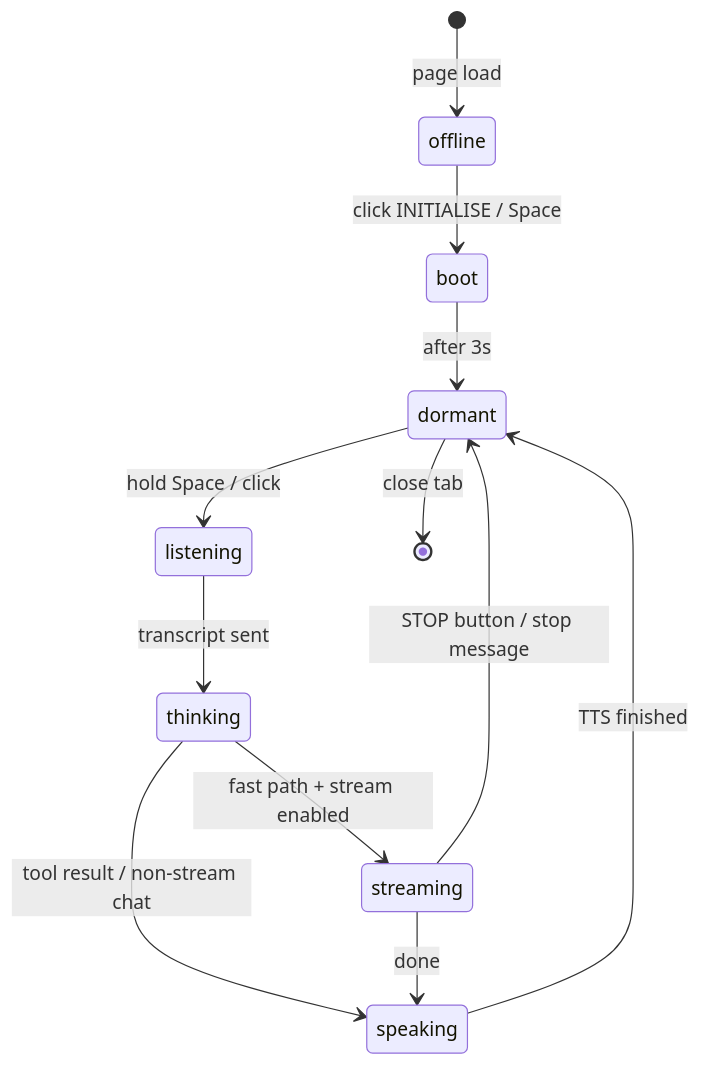
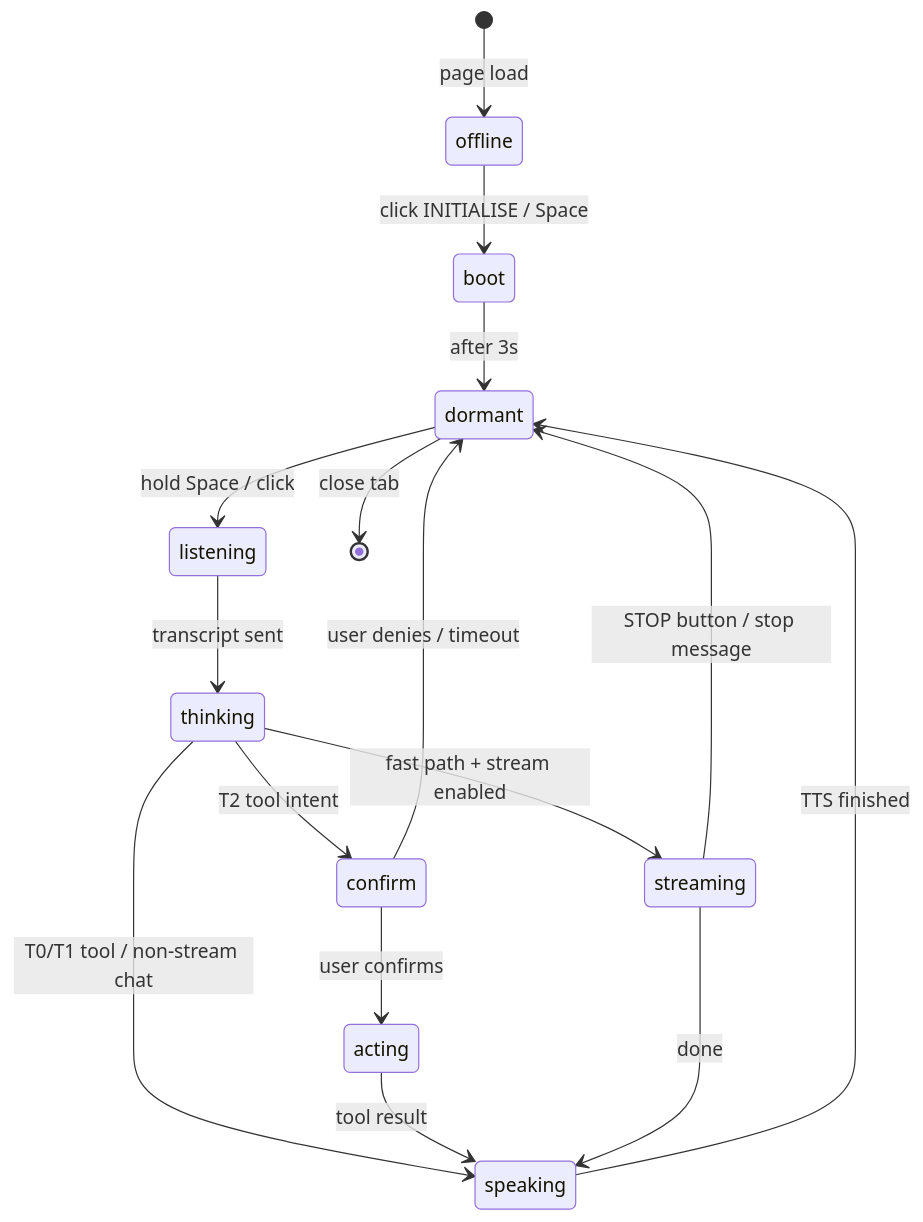
The eighth of 10 diagrams in docs/superpowers/architecture/hi-ev-end-to-end-architecture.md (satyamdas03/Hi-EV), drawn with Mermaid before and after one commit. The commit also changed other lines of this file and 5 other files, not shown here.

First line of the commit message:
docs: sync README, roadmap, architecture, and plans with Phases A–D completion

````diff
--- a/docs/superpowers/architecture/hi-ev-end-to-end-architecture.md
+++ b/docs/superpowers/architecture/hi-ev-end-to-end-architecture.md
@@ -347,14 +367,18 @@
 ```mermaid
 stateDiagram-v2
     [*] --> offline: page load
     offline --> boot: click INITIALISE / Space
     boot --> dormant: after 3s
     dormant --> listening: hold Space / click
     listening --> thinking: transcript sent
     thinking --> streaming: fast path + stream enabled
-    thinking --> speaking: tool result / non-stream chat
+    thinking --> confirm: T2 tool intent
+    thinking --> speaking: T0/T1 tool / non-stream chat
+    confirm --> acting: user confirms
+    confirm --> dormant: user denies / timeout
+    acting --> speaking: tool result
     streaming --> speaking: done
     speaking --> dormant: TTS finished
     streaming --> dormant: STOP button / stop message
     dormant --> [*]: close tab
 ```
````
